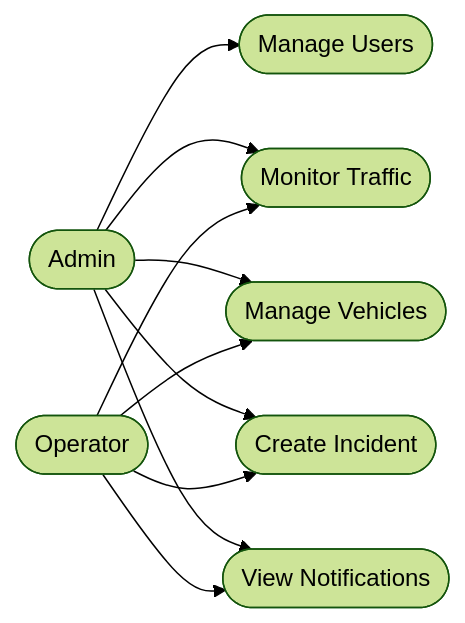
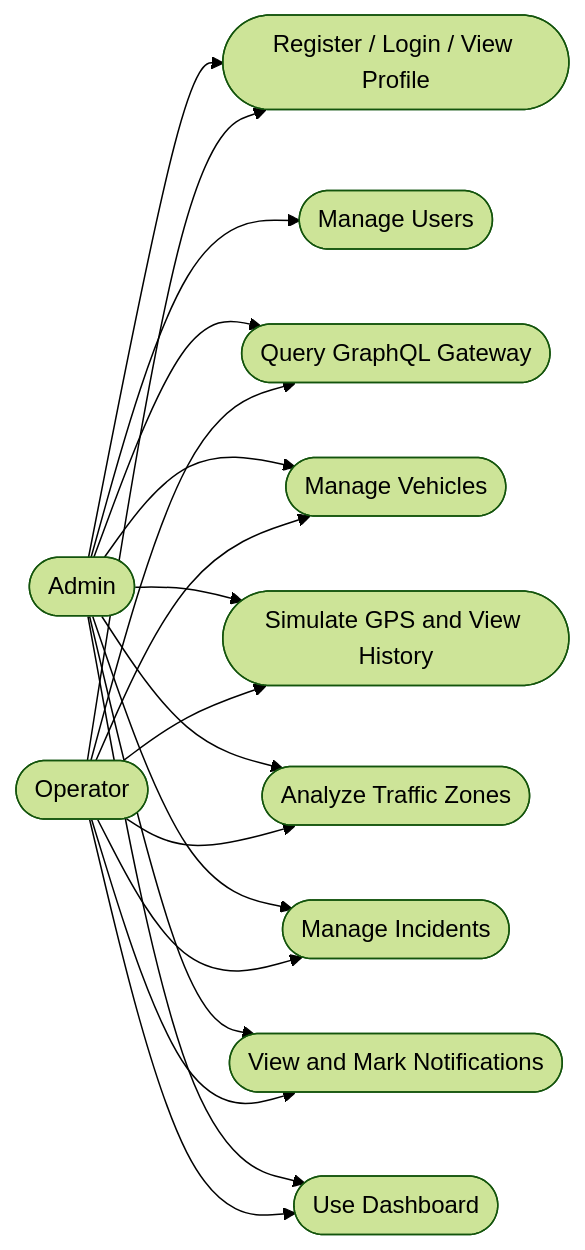
The first of 6 diagrams in docs/uml.md (rayen43500/Smart-Urban-Traffic-Management-Platform), drawn with Mermaid (forest theme) before and after one commit. The commit also changed other lines of this file and 64 other files, not shown here.

````diff
--- a/docs/uml.md
+++ b/docs/uml.md
@@ -4,22 +5,34 @@
 ```mermaid
 flowchart LR
   admin([Admin])
   operator([Operator])
 
-  uc1([Manage Users])
-  uc2([Monitor Traffic])
-  uc3([Manage Vehicles])
-  uc4([Create Incident])
-  uc5([View Notifications])
+  ucAuth([Register / Login / View Profile])
+  ucUsers([Manage Users])
+  ucGateway([Query GraphQL Gateway])
+  ucVehicles([Manage Vehicles])
+  ucGps([Simulate GPS and View History])
+  ucTraffic([Analyze Traffic Zones])
+  ucIncidents([Manage Incidents])
+  ucNotifications([View and Mark Notifications])
+  ucDashboard([Use Dashboard])
 
-  admin --> uc1
-  admin --> uc2
-  admin --> uc3
-  admin --> uc4
-  admin --> uc5
+  admin --> ucAuth
+  admin --> ucUsers
+  admin --> ucGateway
+  admin --> ucVehicles
+  admin --> ucGps
+  admin --> ucTraffic
+  admin --> ucIncidents
+  admin --> ucNotifications
+  admin --> ucDashboard
 
-  operator --> uc2
-  operator --> uc3
-  operator --> uc4
-  operator --> uc5
+  operator --> ucAuth
+  operator --> ucGateway
+  operator --> ucVehicles
+  operator --> ucGps
+  operator --> ucTraffic
+  operator --> ucIncidents
+  operator --> ucNotifications
+  operator --> ucDashboard
 ```
````
